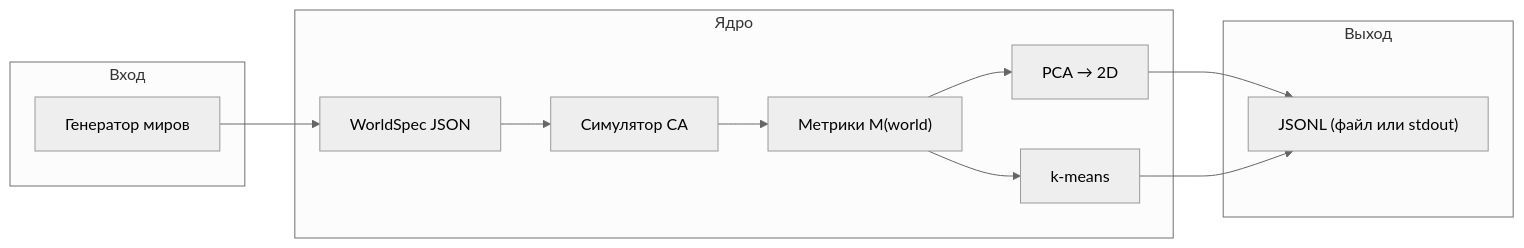
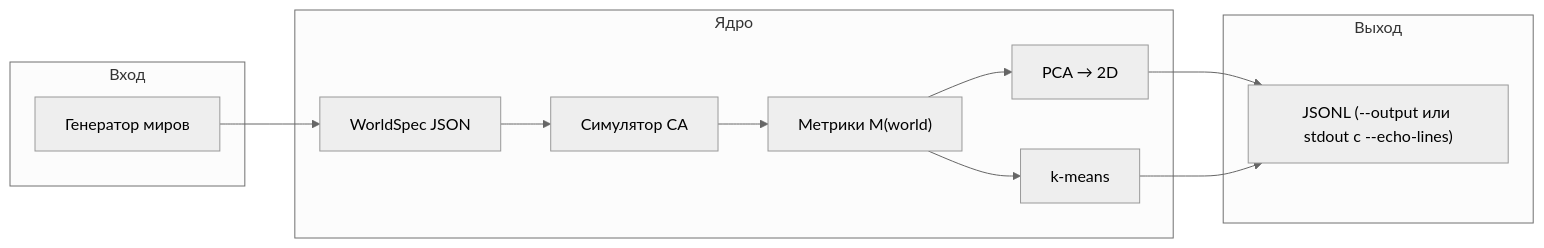
One commit to Starovoitov/LifeManifold changed the first of 8 diagrams in docs/WORLDSPACE.md. Above: the diagram before and after it, drawn with Mermaid (neutral theme). The commit also changed other lines of this file and 12 other files, not shown here.

````diff
--- a/docs/WORLDSPACE.md
+++ b/docs/WORLDSPACE.md
@@ -13,23 +13,23 @@
 ```mermaid
 flowchart LR
   subgraph inputs["Вход"]
     G["Генератор миров"]
   end
   subgraph core["Ядро"]
     WS["WorldSpec JSON"]
     SIM["Симулятор CA"]
     MET["Метрики M(world)"]
     EMB["PCA → 2D"]
     CLU["k-means"]
   end
   subgraph out["Выход"]
-    FILE["JSONL (файл или stdout)"]
+    FILE["JSONL (--output или stdout с --echo-lines)"]
   end
   G --> WS
   WS --> SIM
   SIM --> MET
   MET --> EMB
   MET --> CLU
   EMB --> FILE
   CLU --> FILE
 ```
````
